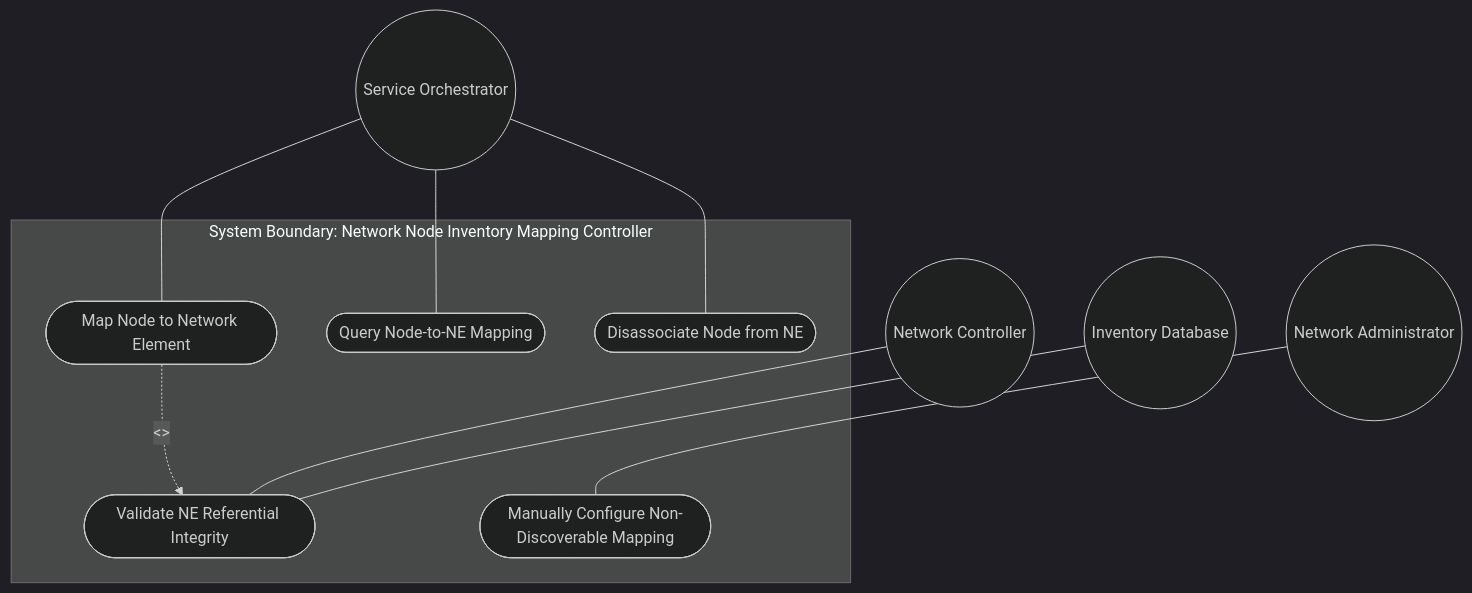
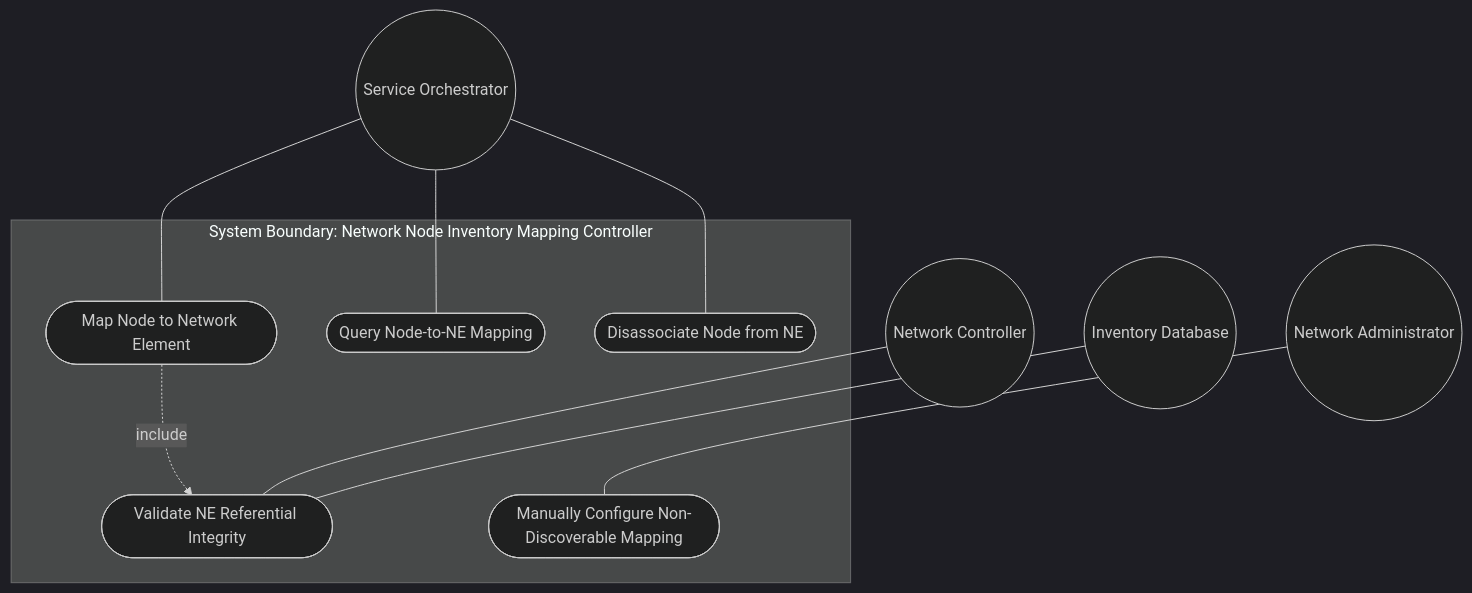
The first of 2 diagrams in docs/use-cases/uc-15-map-topology-node-to-network-element.md (gintatkinson/3dgs-030), drawn with Mermaid (dark theme) before and after one commit. The commit also changed 17 other files, not shown here.

Commit message:
docs: fix Mermaid UML rendering in all 18 use cases -- remove <<include>>/<<extend>> angle brackets causing GitHub renderer failure

````diff
--- a/docs/use-cases/uc-15-map-topology-node-to-network-element.md
+++ b/docs/use-cases/uc-15-map-topology-node-to-network-element.md
@@ -87,17 +87,17 @@
 ```mermaid
 graph TD
     subgraph "System Boundary: Network Node Inventory Mapping Controller"
         UC_Map([Map Node to Network Element])
         UC_Validate([Validate NE Referential Integrity])
         UC_Query([Query Node-to-NE Mapping])
         UC_Manual([Manually Configure Non-Discoverable Mapping])
         UC_Remove([Disassociate Node from NE])
     end
     Orchestrator((Service Orchestrator)) --- UC_Map
     Orchestrator --- UC_Query
     Orchestrator --- UC_Remove
     Admin((Network Administrator)) --- UC_Manual
-    UC_Map -. "<<include>>" .-> UC_Validate
+    UC_Map -. "include" .-> UC_Validate
     NwController((Network Controller)) --- UC_Validate
     InvDb((Inventory Database)) --- UC_Validate
 ```
````
